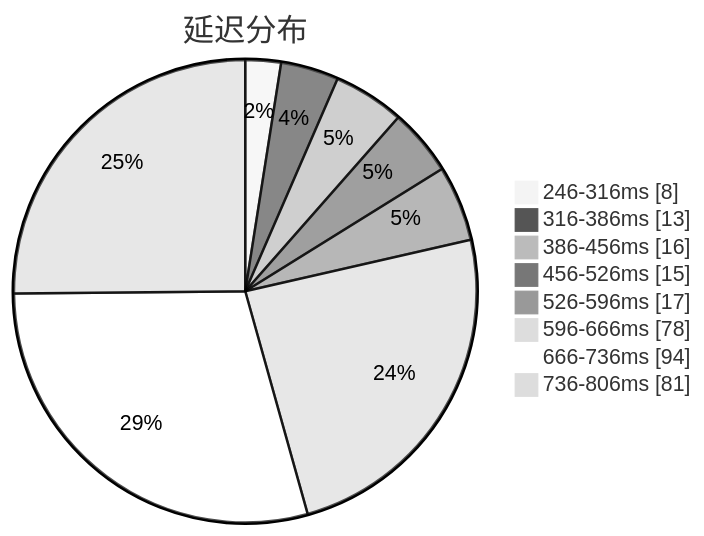
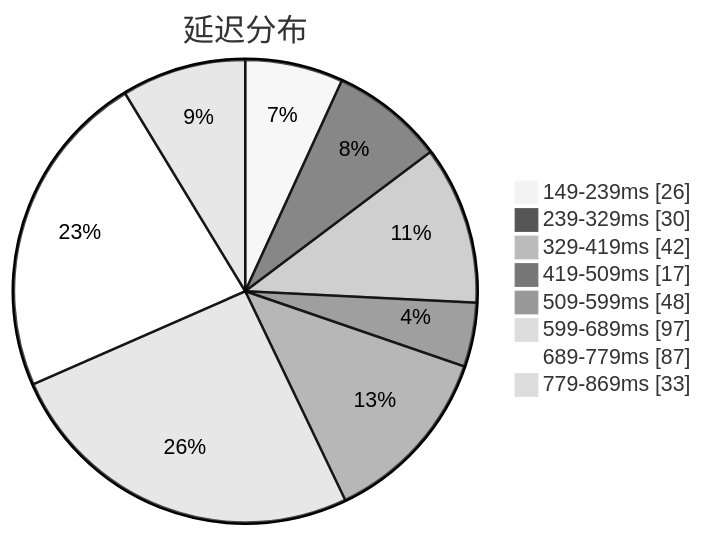
One commit to qjlxg/airport changed the first of 3 diagrams in subs/statistics/tested_within.md. Above: the diagram before and after it, drawn with Mermaid (neutral theme). The commit also changed other lines of this file and 2 other files, not shown here.

Commit message:
Tested by metaST

````diff
--- a/subs/statistics/tested_within.md
+++ b/subs/statistics/tested_within.md
@@ -2,12 +2,12 @@
 ```mermaid
 pie showData
 title 延迟分布
-"246-316ms" : 8
-"316-386ms" : 13
-"386-456ms" : 16
-"456-526ms" : 15
-"526-596ms" : 17
-"596-666ms" : 78
-"666-736ms" : 94
-"736-806ms" : 81
+"149-239ms" : 26
+"239-329ms" : 30
+"329-419ms" : 42
+"419-509ms" : 17
+"509-599ms" : 48
+"599-689ms" : 97
+"689-779ms" : 87
+"779-869ms" : 33
 ```
````
